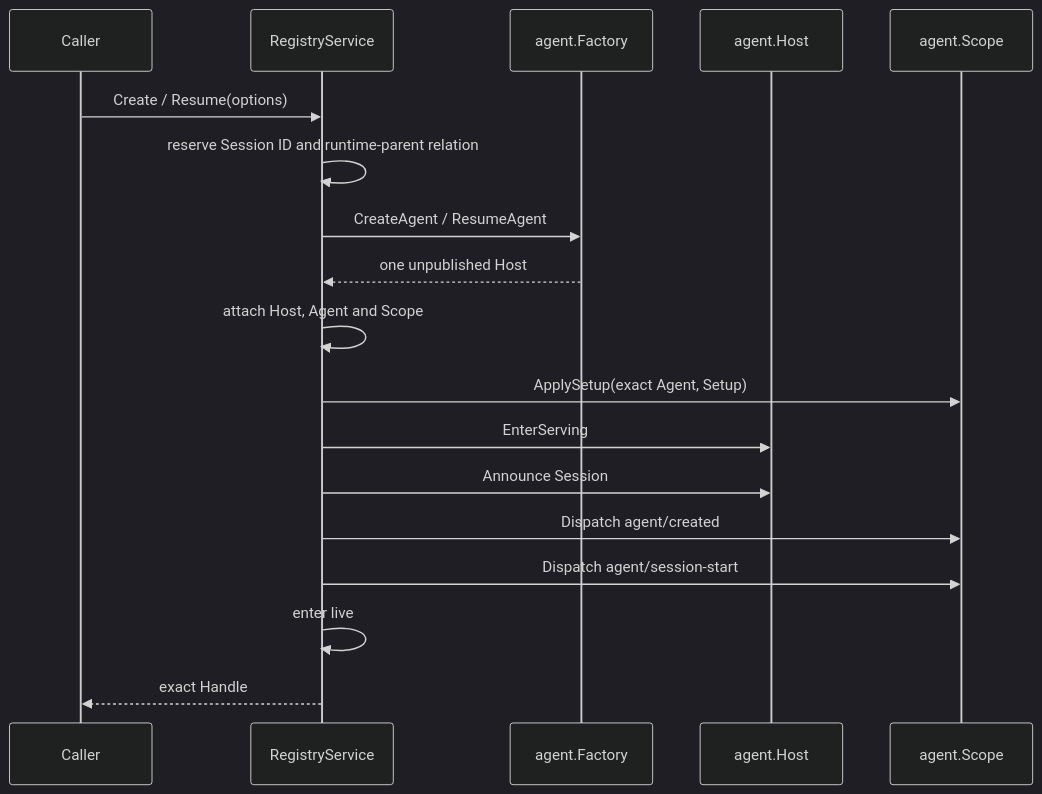
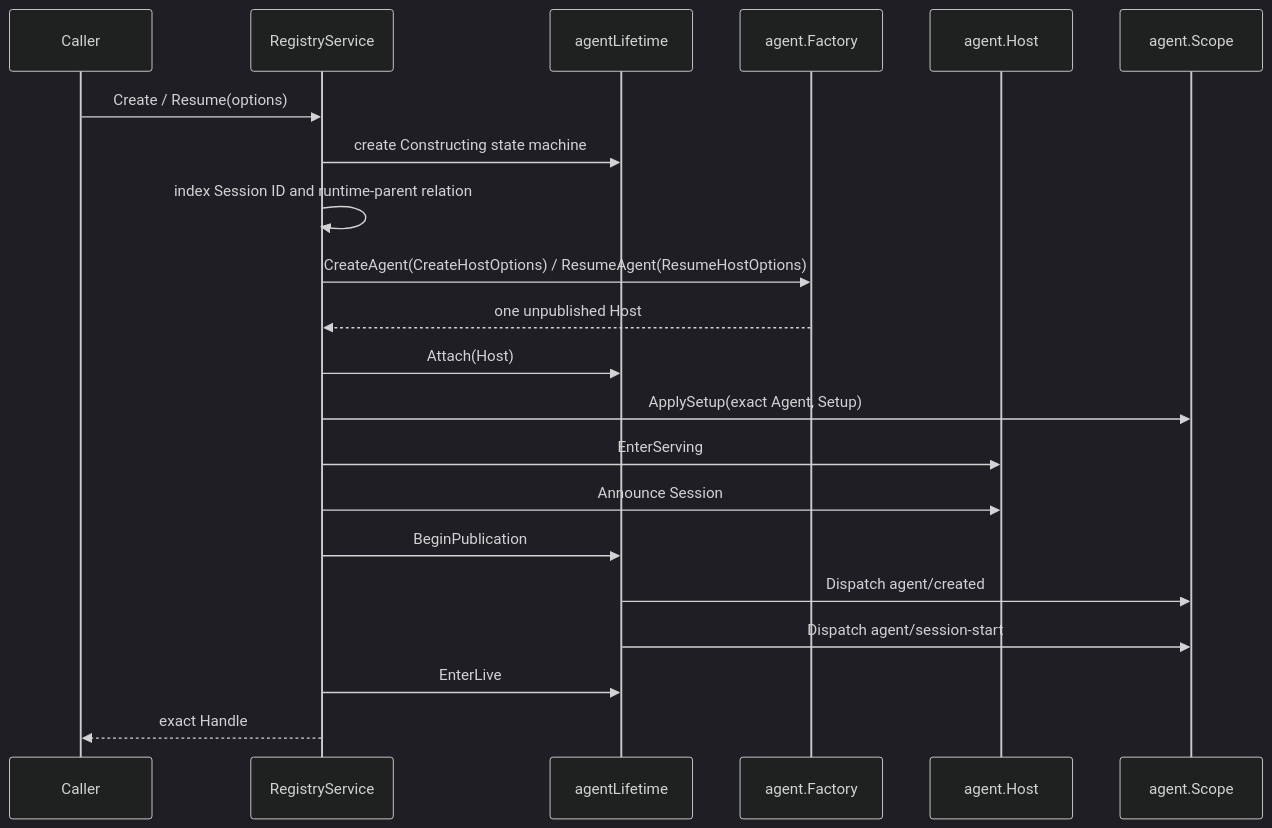
One commit to gorenx/goren changed the diagram in agent/README.zh-CN.md. Above: the diagram before and after it, drawn with Mermaid (dark theme). The commit also changed other lines of this file and 13 other files, not shown here.

Commit message:
docs(agent): document lifetime ownership refactor

````diff
--- a/agent/README.zh-CN.md
+++ b/agent/README.zh-CN.md
@@ -24,21 +28,24 @@
 ```mermaid
 sequenceDiagram
     participant Caller
     participant Registry as RegistryService
+    participant Lifetime as agentLifetime
     participant Factory as agent.Factory
     participant Host as agent.Host
     participant Scope as agent.Scope
 
     Caller->>Registry: Create / Resume(options)
-    Registry->>Registry: reserve Session ID and runtime-parent relation
-    Registry->>Factory: CreateAgent / ResumeAgent
+    Registry->>Lifetime: create Constructing state machine
+    Registry->>Registry: index Session ID and runtime-parent relation
+    Registry->>Factory: CreateAgent(CreateHostOptions) / ResumeAgent(ResumeHostOptions)
     Factory-->>Registry: one unpublished Host
-    Registry->>Registry: attach Host, Agent and Scope
+    Registry->>Lifetime: Attach(Host)
     Registry->>Scope: ApplySetup(exact Agent, Setup)
     Registry->>Host: EnterServing
     Registry->>Host: Announce Session
-    Registry->>Scope: Dispatch agent/created
-    Registry->>Scope: Dispatch agent/session-start
-    Registry->>Registry: enter live
+    Registry->>Lifetime: BeginPublication
+    Lifetime->>Scope: Dispatch agent/created
+    Lifetime->>Scope: Dispatch agent/session-start
+    Registry->>Lifetime: EnterLive
     Registry-->>Caller: exact Handle
 ```
````
